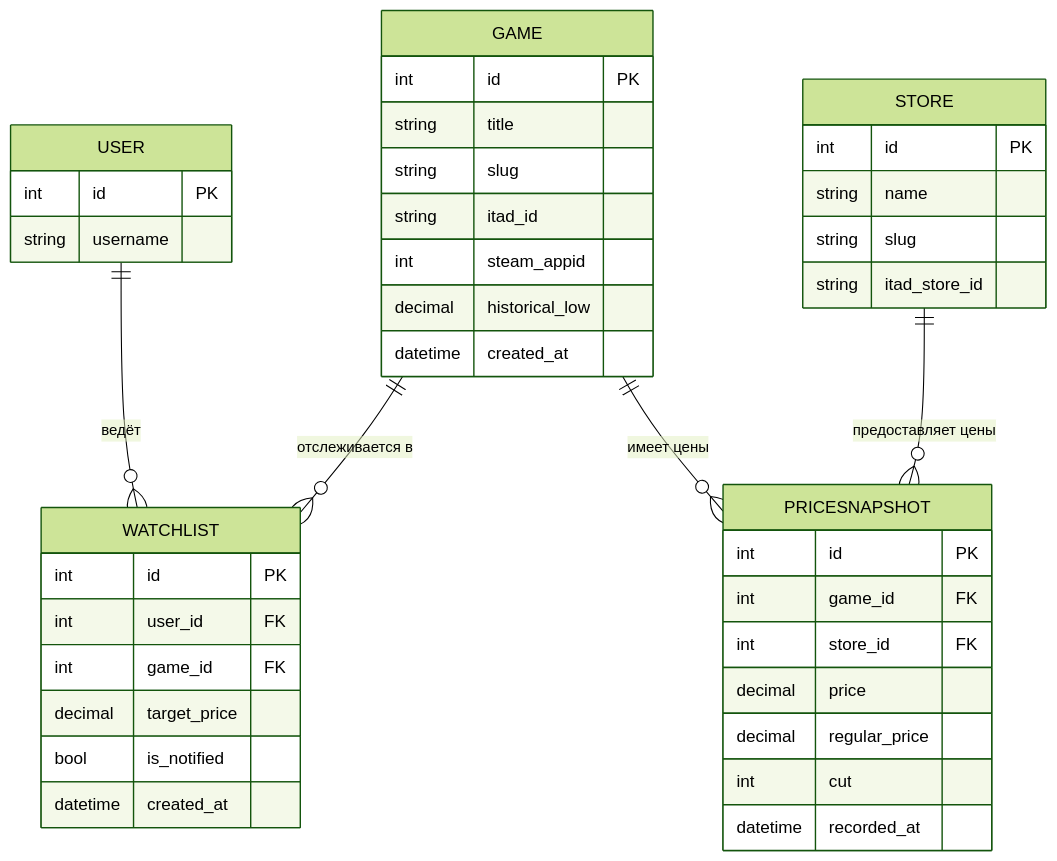
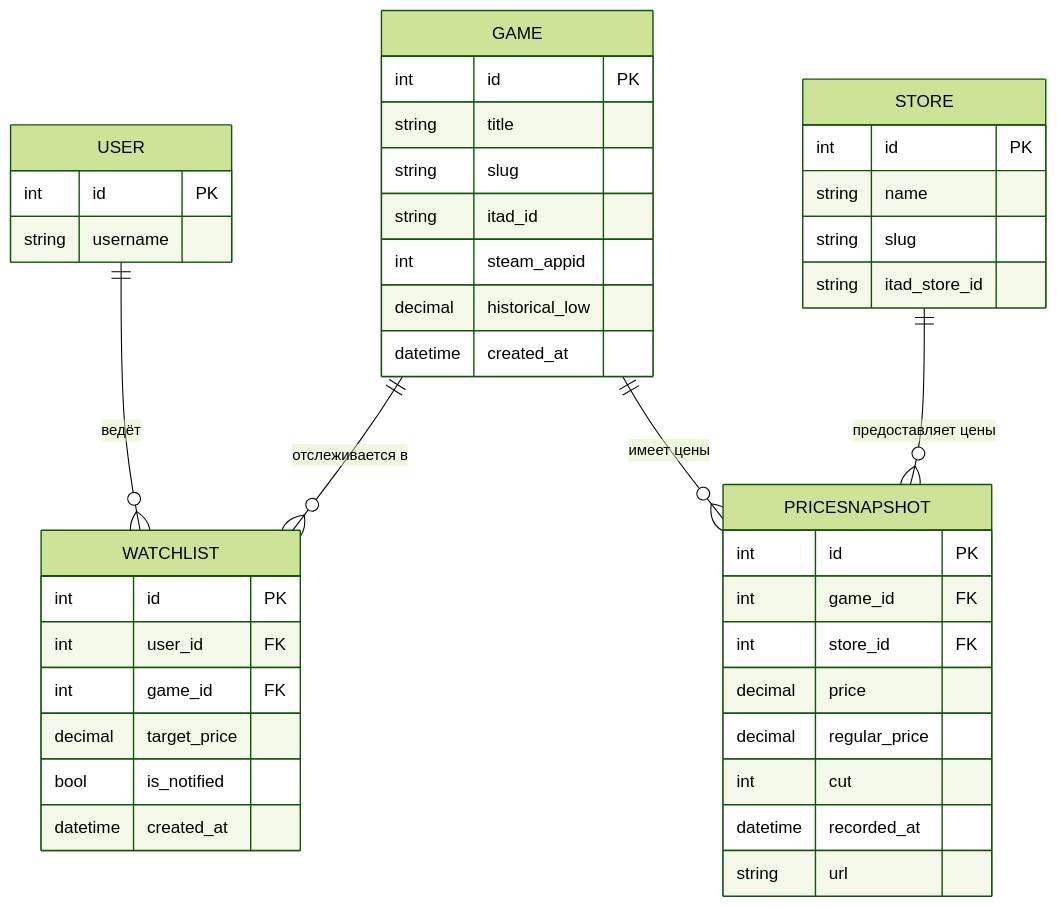
One commit to basovalex/dealhunter changed the diagram in TZ.md. Above: the diagram before and after it, drawn with Mermaid (forest theme). The commit also changed other lines of this file and 16 other files, not shown here.

````diff
--- a/TZ.md
+++ b/TZ.md
@@ -61,44 +62,45 @@
 ```mermaid
 erDiagram
     USER ||--o{ WATCHLIST : "ведёт"
     GAME ||--o{ WATCHLIST : "отслеживается в"
     GAME ||--o{ PRICESNAPSHOT : "имеет цены"
     STORE ||--o{ PRICESNAPSHOT : "предоставляет цены"
 
     USER {
         int id PK
         string username
     }
     STORE {
         int id PK
         string name
         string slug
         string itad_store_id
     }
     GAME {
         int id PK
         string title
         string slug
         string itad_id
         int steam_appid
         decimal historical_low
         datetime created_at
     }
     PRICESNAPSHOT {
         int id PK
         int game_id FK
         int store_id FK
         decimal price
         decimal regular_price
         int cut
         datetime recorded_at
+        string url
     }
     WATCHLIST {
         int id PK
         int user_id FK
         int game_id FK
         decimal target_price
         bool is_notified
         datetime created_at
     }
 ```
````
